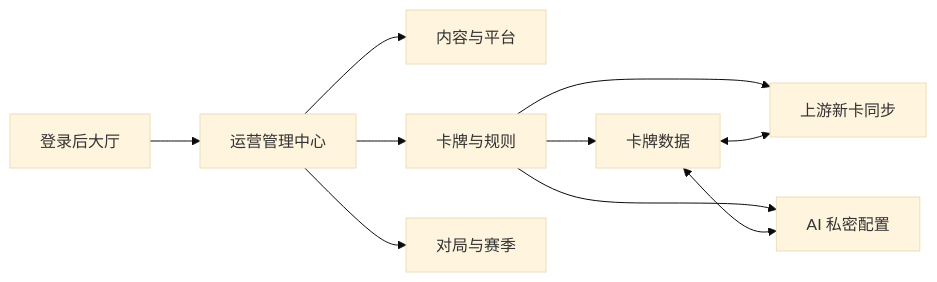
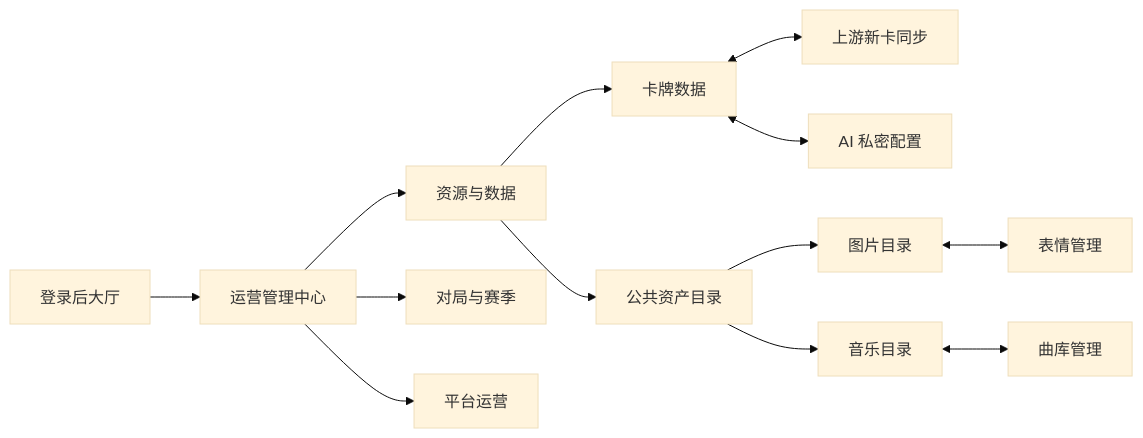
One commit to catmeow123456/loveca-dev changed the first of 2 diagrams in docs/admin-center/design.md. Above: the diagram before and after it, drawn with Mermaid (base theme). The commit also changed other lines of this file and 38 other files, not shown here.

````diff
--- a/docs/admin-center/design.md
+++ b/docs/admin-center/design.md
@@ -11,12 +13,15 @@
 ```mermaid
 flowchart LR
     Home[登录后大厅] --> Center[运营管理中心]
-    Center --> Content[内容与平台]
-    Center --> Cards[卡牌与规则]
+    Center --> Resources[资源与数据]
     Center --> Matches[对局与赛季]
-    Cards --> CardAdmin[卡牌数据]
-    Cards --> SyncAdmin[上游新卡同步]
-    Cards --> AIAdmin[AI 私密配置]
-    CardAdmin <--> SyncAdmin
-    CardAdmin <--> AIAdmin
+    Center --> Platform[平台运营]
+    Resources --> CardAdmin[卡牌数据]
+    Resources --> Assets[公共资产目录]
+    CardAdmin <--> SyncAdmin[上游新卡同步]
+    CardAdmin <--> AIAdmin[AI 私密配置]
+    Assets --> Images[图片目录]
+    Assets --> Music[音乐目录]
+    Images <--> Emotes[表情管理]
+    Music <--> BGM[曲库管理]
 ```
````
